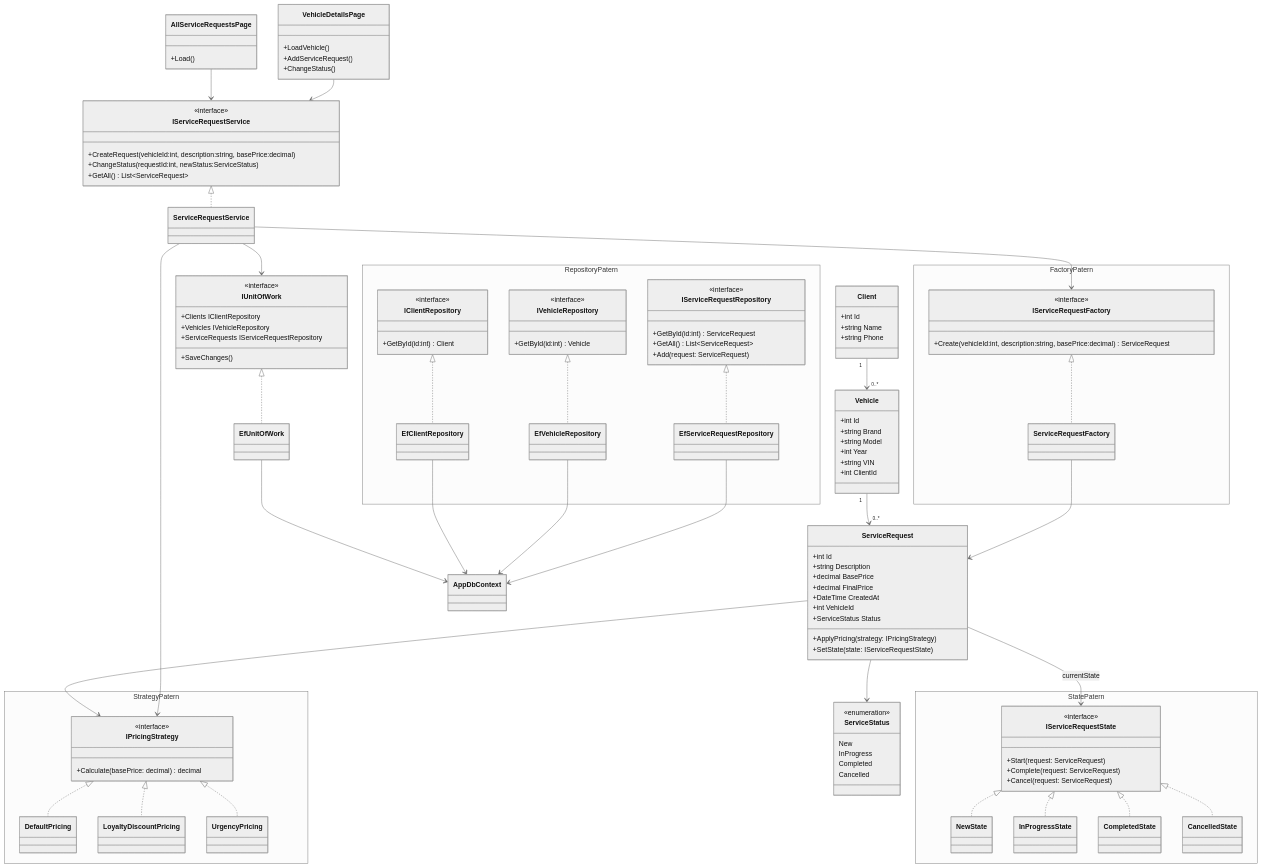
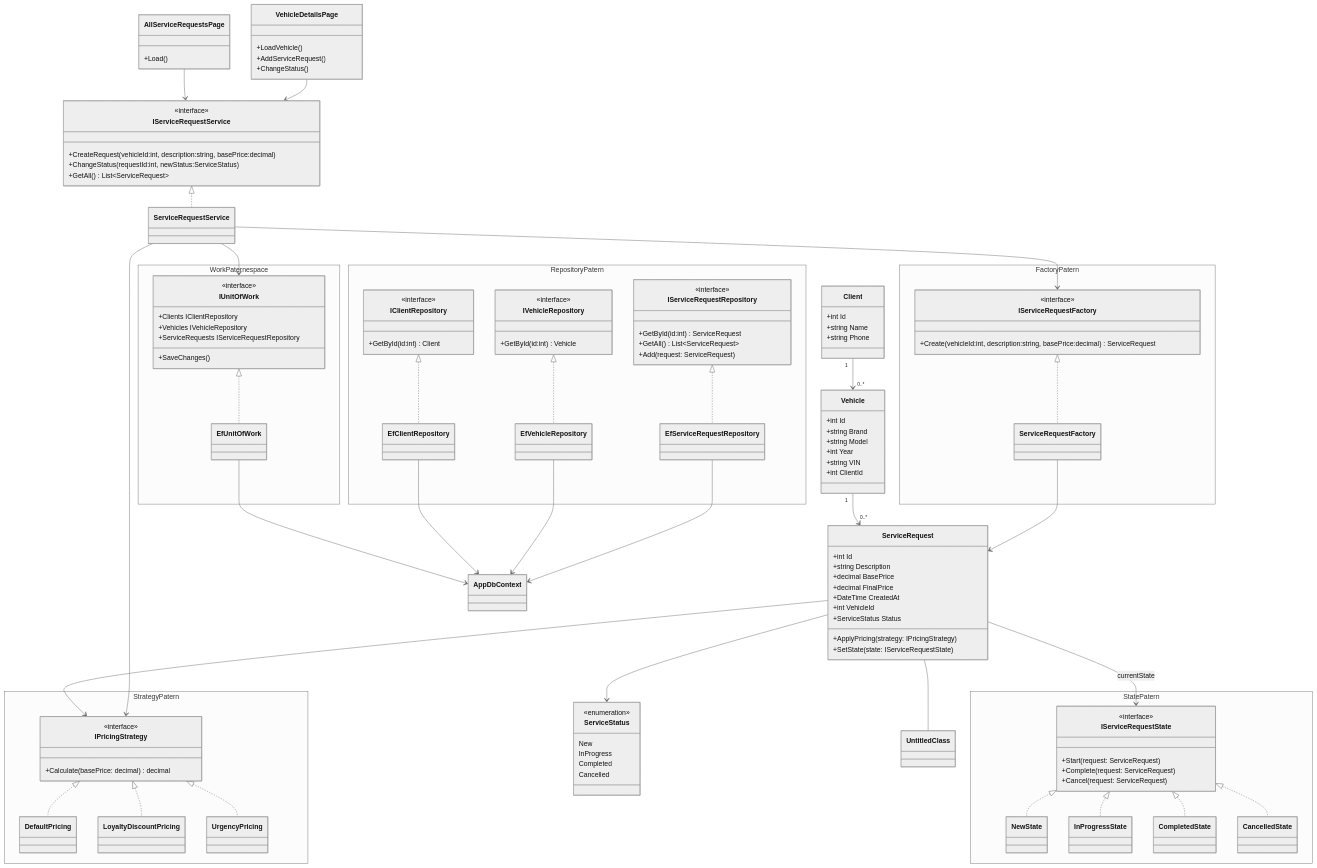
The diagram in README_1.md (valery2024-2024/AutoServiceSolution), drawn with Mermaid (neutral theme) before and after one commit.

Commit message:
fixs diagram mermaid

````diff
--- a/README_1.md
+++ b/README_1.md
@@ -70,6 +70,18 @@
         }
 
 	}
+	namespace WorkPaternespace {
+        class IUnitOfWork {
+	        +Clients IClientRepository
+	        +Vehicles IVehicleRepository
+	        +ServiceRequests IServiceRequestRepository
+	        +SaveChanges()
+        }
+
+        class EfUnitOfWork {
+        }
+
+	}
     class Client {
 	    +int Id
 	    +string Name
@@ -113,16 +125,6 @@
     class ServiceRequestService {
     }
 
-    class IUnitOfWork {
-	    +Clients IClientRepository
-	    +Vehicles IVehicleRepository
-	    +ServiceRequests IServiceRequestRepository
-	    +SaveChanges()
-    }
-
-    class EfUnitOfWork {
-    }
-
     class AppDbContext {
     }
 
@@ -136,15 +138,18 @@
 	    +ChangeStatus()
     }
 
+    class UntitledClass {
+    }
+
 	<<interface>> IPricingStrategy
 	<<interface>> IServiceRequestState
 	<<interface>> IServiceRequestFactory
 	<<interface>> IServiceRequestRepository
 	<<interface>> IVehicleRepository
 	<<interface>> IClientRepository
+	<<interface>> IUnitOfWork
 	<<enumeration>> ServiceStatus
 	<<interface>> IServiceRequestService
-	<<interface>> IUnitOfWork
 
     Client "1" --> "0..*" Vehicle
     Vehicle "1" --> "0..*" ServiceRequest
@@ -174,4 +179,5 @@
     EfServiceRequestRepository --> AppDbContext
     AllServiceRequestsPage --> IServiceRequestService
     VehicleDetailsPage --> IServiceRequestService
+    ServiceRequest -- UntitledClass
 ```
````
